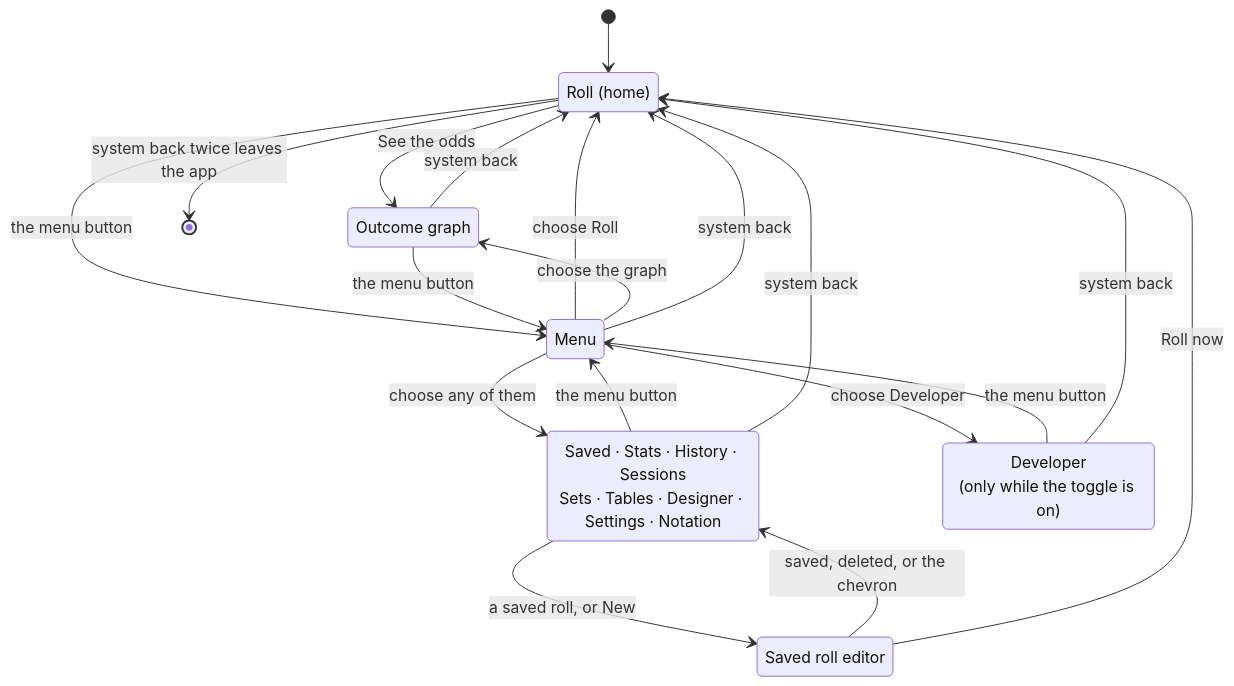
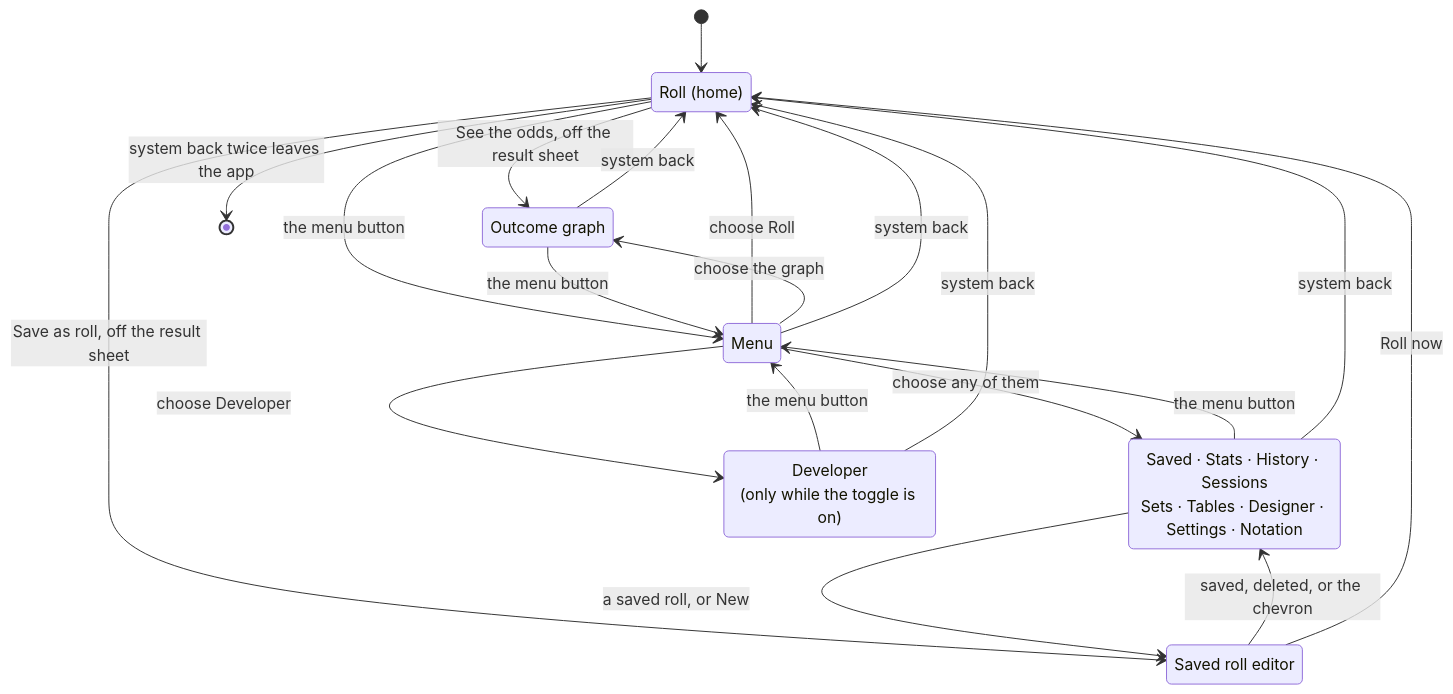
Before and after one commit to drehtuer/dInfinityApp: the first of 8 diagrams in docs/architecture.md, drawn with Mermaid. The commit also changed other lines of this file and 22 other files, not shown here.

````diff
--- a/docs/architecture.md
+++ b/docs/architecture.md
@@ -223,28 +223,29 @@
 ```mermaid
 stateDiagram-v2
     [*] --> Roll
     Roll: Roll (home)
     Menu: Menu
     Graph: Outcome graph
     Screen: Saved · Stats · History · Sessions<br/>Sets · Tables · Designer · Settings · Notation
     Editor: Saved roll editor
     Developer: Developer<br/>(only while the toggle is on)
 
-    Roll --> Graph: See the odds
+    Roll --> Graph: See the odds, off the result sheet
+    Roll --> Editor: Save as roll, off the result sheet
     Roll --> Menu: the menu button
     Screen --> Editor: a saved roll, or New
     Editor --> Screen: saved, deleted, or the chevron
     Editor --> Roll: Roll now
     Graph --> Menu: the menu button
     Screen --> Menu: the menu button
     Developer --> Menu: the menu button
     Menu --> Roll: choose Roll
     Menu --> Graph: choose the graph
     Menu --> Screen: choose any of them
     Menu --> Developer: choose Developer
     Graph --> Roll: system back
     Screen --> Roll: system back
     Developer --> Roll: system back
     Menu --> Roll: system back
     Roll --> [*]: system back twice leaves the app
 ```
````
